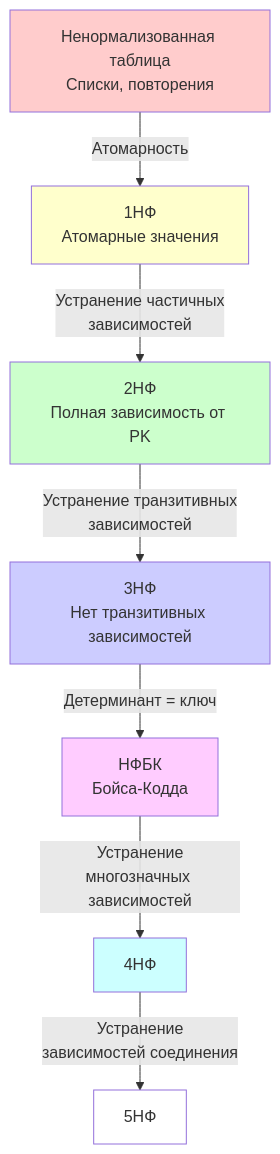
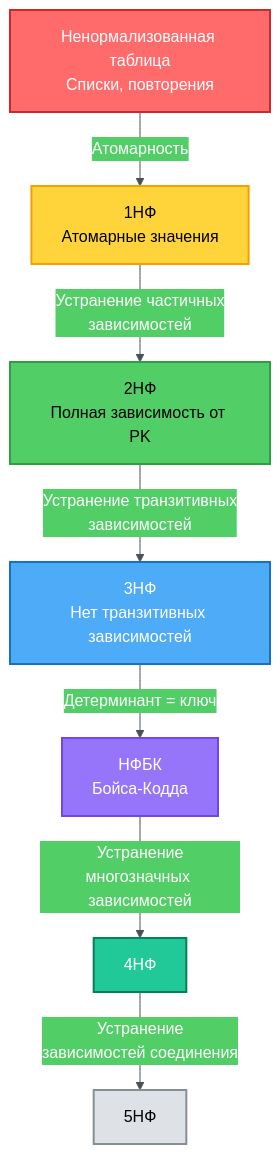
One commit to alx314vo/db_exam changed the fourth of 23 diagrams in db_exam.md. Above: the diagram before and after it, drawn with Mermaid. The commit also changed other lines of this file, not shown here.

Commit message:
added diagrams

````diff
--- a/db_exam.md
+++ b/db_exam.md
@@ -211,17 +266,18 @@
 ```mermaid
+%%{init: {'theme':'base', 'themeVariables': {'primaryColor':'#ff6b6b','primaryTextColor':'#fff','primaryBorderColor':'#c92a2a','lineColor':'#495057','secondaryColor':'#51cf66','tertiaryColor':'#ffd43b'}}}%%
 graph TD
     A[Ненормализованная таблица<br/>Списки, повторения] -->|Атомарность| B[1НФ<br/>Атомарные значения]
     B -->|Устранение частичных<br/>зависимостей| C[2НФ<br/>Полная зависимость от PK]
     C -->|Устранение транзитивных<br/>зависимостей| D[3НФ<br/>Нет транзитивных зависимостей]
     D -->|Детерминант = ключ| E[НФБК<br/>Бойса-Кодда]
     E -->|Устранение<br/>многозначных зависимостей| F[4НФ]
     F -->|Устранение<br/>зависимостей соединения| G[5НФ]
     
-    style A fill:#ffcccc
-    style B fill:#ffffcc
-    style C fill:#ccffcc
-    style D fill:#ccccff
-    style E fill:#ffccff
-    style F fill:#ccffff
-    style G fill:#ffffff
+    style A fill:#ff6b6b,stroke:#c92a2a,stroke-width:2px,color:#fff
+    style B fill:#ffd43b,stroke:#f59f00,stroke-width:2px,color:#000
+    style C fill:#51cf66,stroke:#2f9e44,stroke-width:2px,color:#000
+    style D fill:#4dabf7,stroke:#1971c2,stroke-width:2px,color:#fff
+    style E fill:#9775fa,stroke:#7048e8,stroke-width:2px,color:#fff
+    style F fill:#20c997,stroke:#087f5b,stroke-width:2px,color:#fff
+    style G fill:#dee2e6,stroke:#868e96,stroke-width:2px,color:#000
 ```
````
